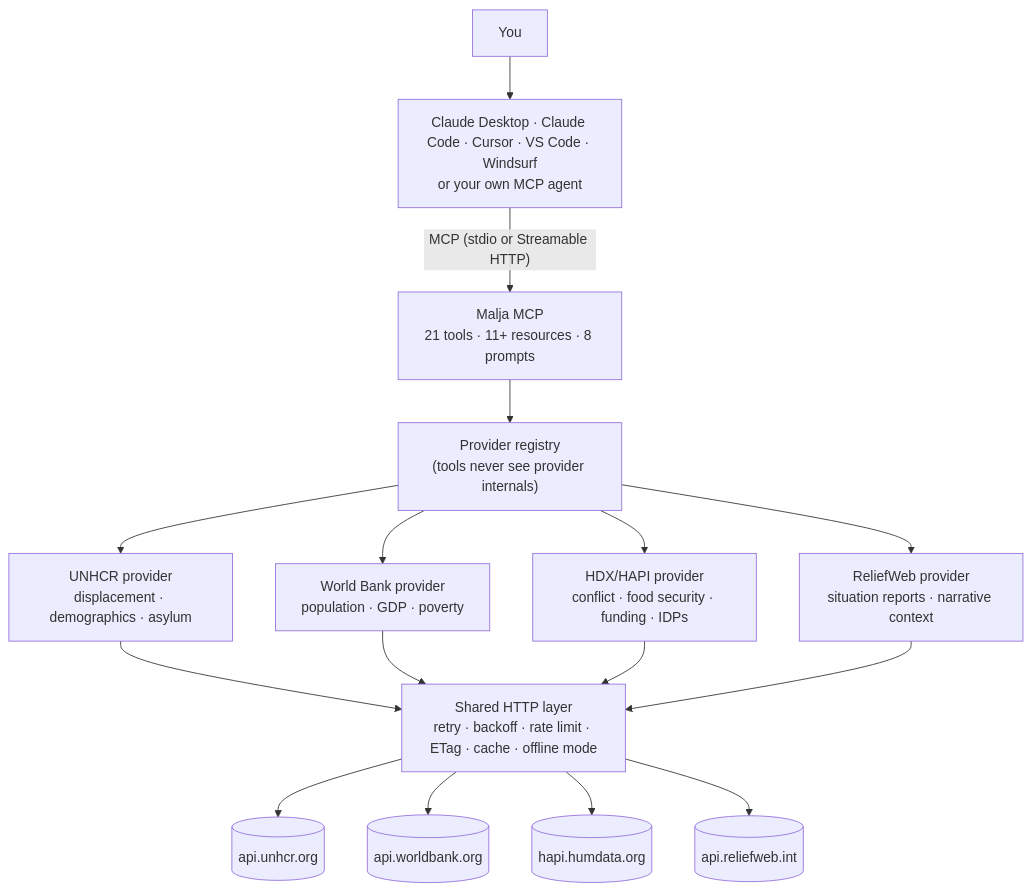
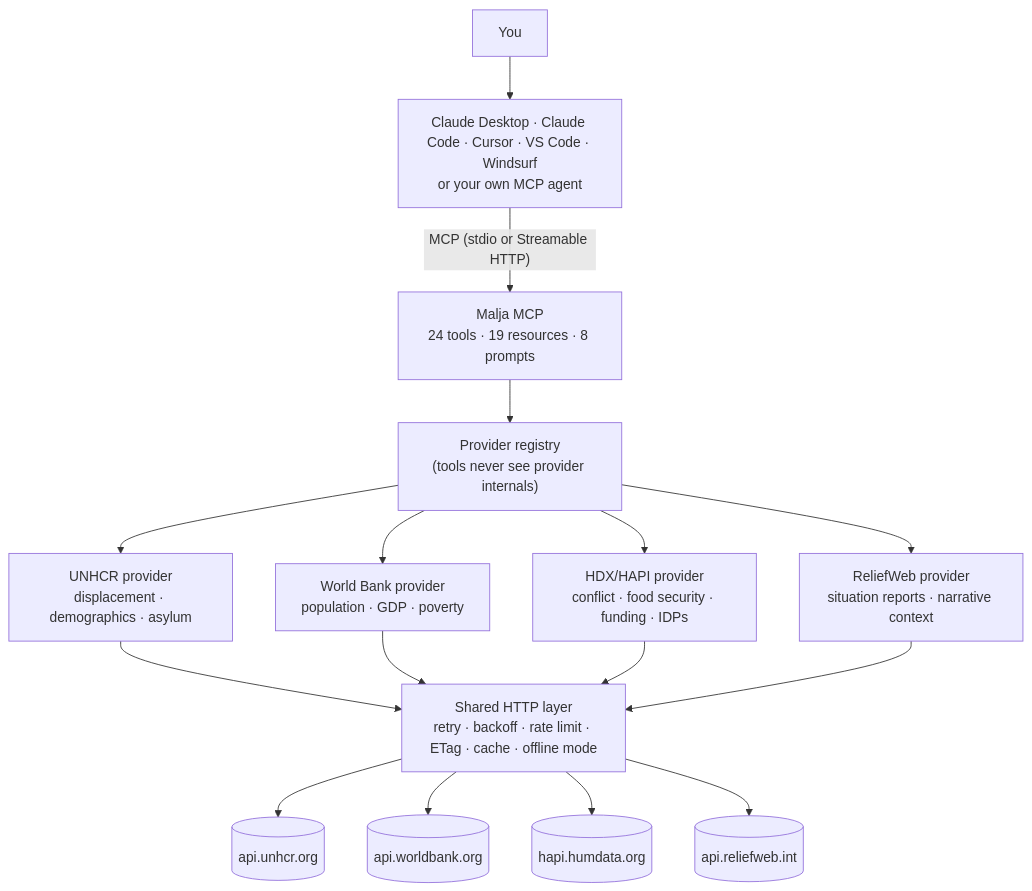
The diagram in README.md (marsaplatform/malja-mcp), drawn with Mermaid before and after one commit. The commit also changed other lines of this file and 8 other files, not shown here.

````diff
--- a/README.md
+++ b/README.md
@@ -59,15 +59,15 @@
 ```mermaid
 flowchart TD
     U["You"] --> C["Claude Desktop · Claude Code · Cursor · VS Code · Windsurf<br/>or your own MCP agent"]
-    C -->|"MCP (stdio or Streamable HTTP)"| S["Malja MCP<br/>21 tools · 11+ resources · 8 prompts"]
+    C -->|"MCP (stdio or Streamable HTTP)"| S["Malja MCP<br/>24 tools · 19 resources · 8 prompts"]
     S --> R["Provider registry<br/>(tools never see provider internals)"]
     R --> P1["UNHCR provider<br/>displacement · demographics · asylum"]
     R --> P2["World Bank provider<br/>population · GDP · poverty"]
     R --> P3["HDX/HAPI provider<br/>conflict · food security · funding · IDPs"]
     R --> P4["ReliefWeb provider<br/>situation reports · narrative context"]
     P1 & P2 & P3 & P4 --> H["Shared HTTP layer<br/>retry · backoff · rate limit · ETag · cache · offline mode"]
     H --> A1[("api.unhcr.org")]
     H --> A2[("api.worldbank.org")]
     H --> A3[("hapi.humdata.org")]
     H --> A4[("api.reliefweb.int")]
 ```
````
